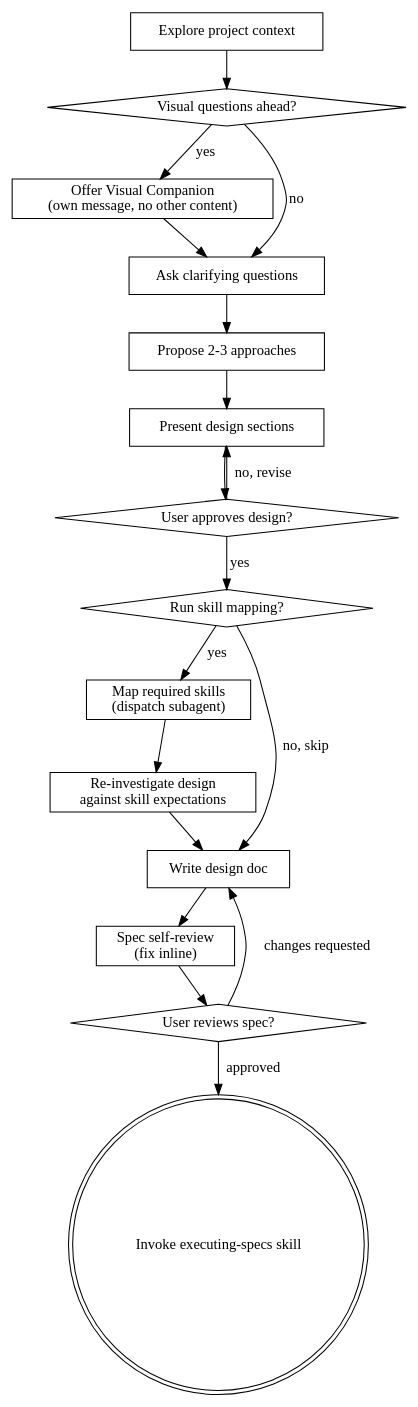
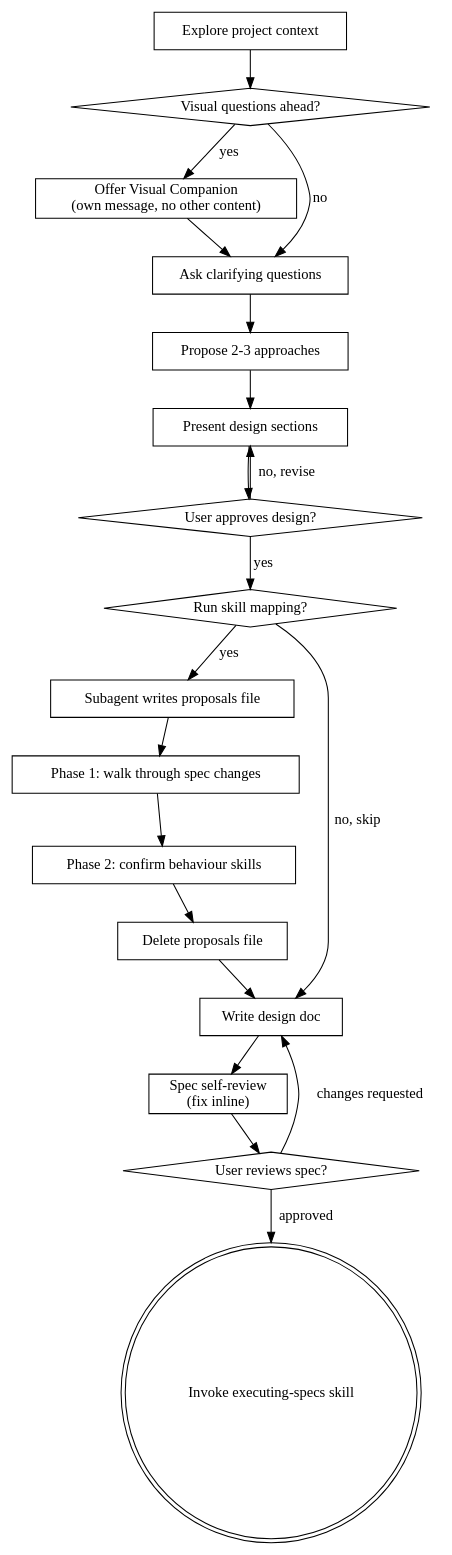
The diagram in skills/brainstorming/SKILL.md (dgafka/superpowers), drawn with Graphviz before and after one commit.

Commit message:
Change 2: update process flow graphviz block for proposals-file flow
Replace Map-required-skills and Re-investigate nodes with the four new
nodes: Subagent writes proposals file, Phase 1: walk through spec
changes, Phase 2: confirm behaviour skills, Delete proposals file.

````diff
--- a/skills/brainstorming/SKILL.md
+++ b/skills/brainstorming/SKILL.md
@@ -39,36 +39,40 @@
 ```dot
 digraph brainstorming {
     "Explore project context" [shape=box];
     "Visual questions ahead?" [shape=diamond];
     "Offer Visual Companion\n(own message, no other content)" [shape=box];
     "Ask clarifying questions" [shape=box];
     "Propose 2-3 approaches" [shape=box];
     "Present design sections" [shape=box];
     "User approves design?" [shape=diamond];
     "Run skill mapping?" [shape=diamond];
-    "Map required skills\n(dispatch subagent)" [shape=box];
-    "Re-investigate design\nagainst skill expectations" [shape=box];
+    "Subagent writes proposals file" [shape=box];
+    "Phase 1: walk through spec changes" [shape=box];
+    "Phase 2: confirm behaviour skills" [shape=box];
+    "Delete proposals file" [shape=box];
     "Write design doc" [shape=box];
     "Spec self-review\n(fix inline)" [shape=box];
     "User reviews spec?" [shape=diamond];
     "Invoke executing-specs skill" [shape=doublecircle];
 
     "Explore project context" -> "Visual questions ahead?";
     "Visual questions ahead?" -> "Offer Visual Companion\n(own message, no other content)" [label="yes"];
     "Visual questions ahead?" -> "Ask clarifying questions" [label="no"];
     "Offer Visual Companion\n(own message, no other content)" -> "Ask clarifying questions";
     "Ask clarifying questions" -> "Propose 2-3 approaches";
     "Propose 2-3 approaches" -> "Present design sections";
     "Present design sections" -> "User approves design?";
     "User approves design?" -> "Present design sections" [label="no, revise"];
     "User approves design?" -> "Run skill mapping?" [label="yes"];
-    "Run skill mapping?" -> "Map required skills\n(dispatch subagent)" [label="yes"];
+    "Run skill mapping?" -> "Subagent writes proposals file" [label="yes"];
     "Run skill mapping?" -> "Write design doc" [label="no, skip"];
-    "Map required skills\n(dispatch subagent)" -> "Re-investigate design\nagainst skill expectations";
-    "Re-investigate design\nagainst skill expectations" -> "Write design doc";
+    "Subagent writes proposals file" -> "Phase 1: walk through spec changes";
+    "Phase 1: walk through spec changes" -> "Phase 2: confirm behaviour skills";
+    "Phase 2: confirm behaviour skills" -> "Delete proposals file";
+    "Delete proposals file" -> "Write design doc";
     "Write design doc" -> "Spec self-review\n(fix inline)";
     "Spec self-review\n(fix inline)" -> "User reviews spec?";
     "User reviews spec?" -> "Write design doc" [label="changes requested"];
     "User reviews spec?" -> "Invoke executing-specs skill" [label="approved"];
 }
 ```
````
